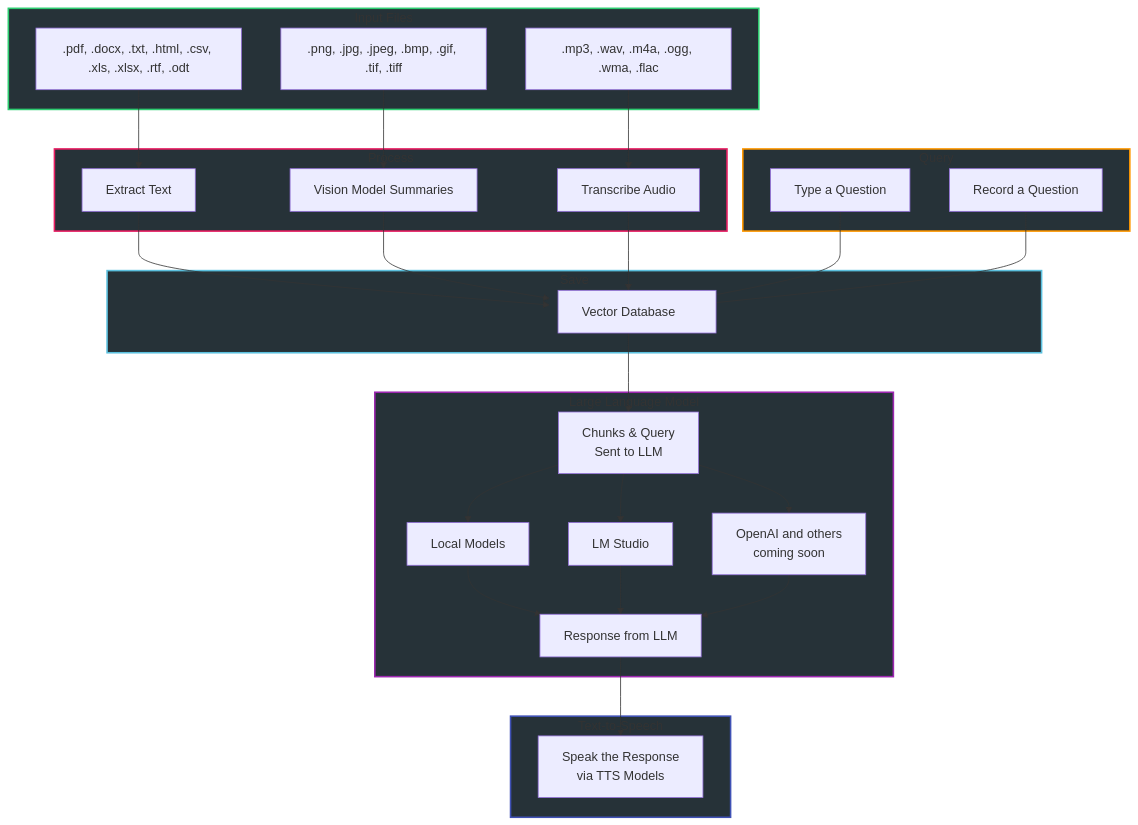
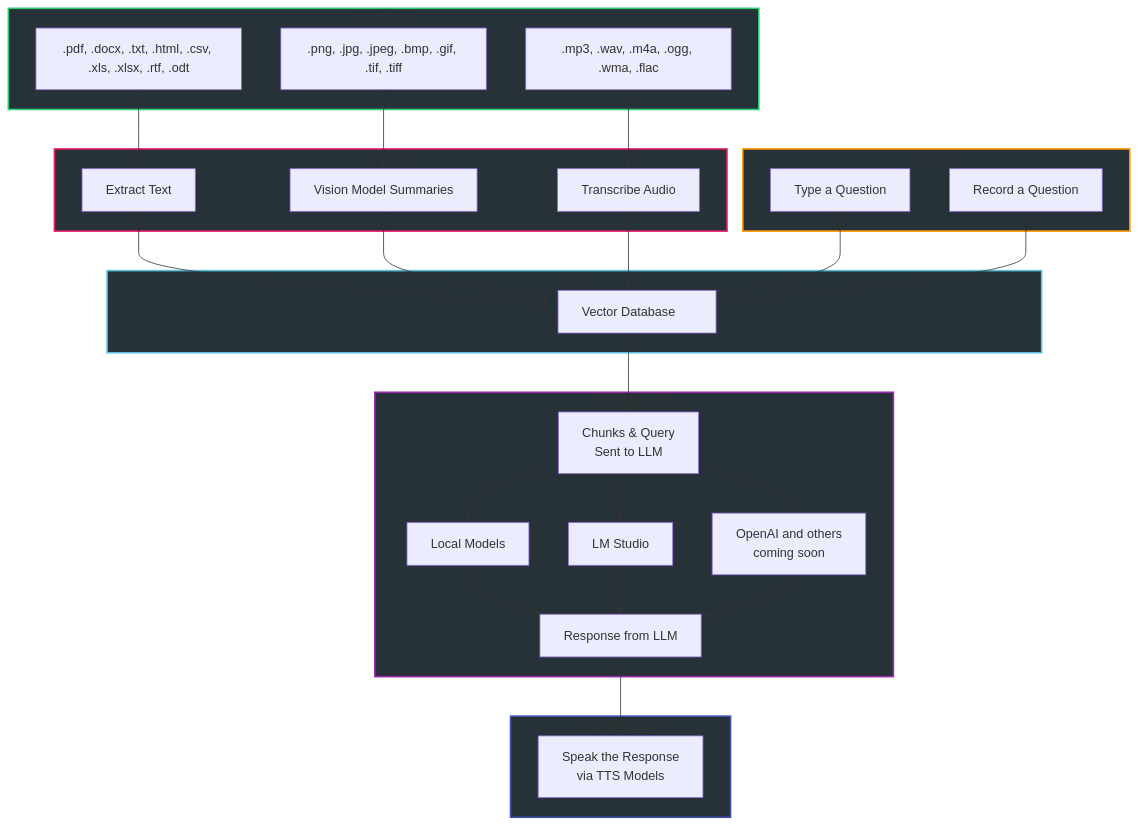
The diagram in README.md (BBC-Esq/VectorDB-Plugin-for-LM-Studio), drawn with Mermaid before and after one commit.

````diff
--- a/README.md
+++ b/README.md
@@ -18,53 +18,53 @@
 ```mermaid
 graph TD
     subgraph InputFiles [Input Files]
         A[.pdf, .docx, .txt, .html, .csv, .xls, .xlsx, .rtf, .odt]
         B[.png, .jpg, .jpeg, .bmp, .gif, .tif, .tiff]
         C[.mp3, .wav, .m4a, .ogg, .wma, .flac]
     end
     style InputFiles fill:#263238,stroke:#2ecc71,stroke-width:2px
     subgraph Processing [Process]
         D[Extract Text]
         E[Vision Model Summaries]
         F[Transcribe Audio]
     end
     style Processing fill:#263238,stroke:#e91e63,stroke-width:2px
     subgraph Output [Save]
         G[Vector Database]:::minWidth
     end
     style Output fill:#263238,stroke:#5bc0de,stroke-width:2px
     subgraph Search [Query]
         H[Type a Question]
         I[Record a Question]
     end
     style Search fill:#263238,stroke:#ff9800,stroke-width:2px
-    subgraph LLM [Large Language Model]
+    subgraph LLM [Get Response]
         J[Chunks & Query<br>Sent to LLM]
         K1[Local Models]
         K2[LM Studio]
         K3[OpenAI and others<br/>coming soon]
         K[Response from LLM]
         K1 --> K
         K2 --> K
         K3 --> K
     end
     style LLM fill:#263238,stroke:#9c27b0,stroke-width:2px
     subgraph TTS [Text-to-Speech]
         L[Speak the Response<br>via TTS Models]
     end
     style TTS fill:#263238,stroke:#3f51b5,stroke-width:2px
     classDef minWidth width:200px
     A --> D
     B --> E
     C --> F
     D --> G
     E --> G
     F --> G
     H --> G
     I --> G
     G --> J
     J --> K1
     J --> K2
     J --> K3
     K --> L
 ```
````
